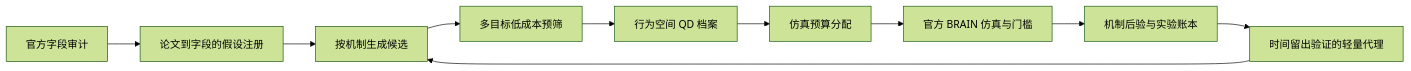
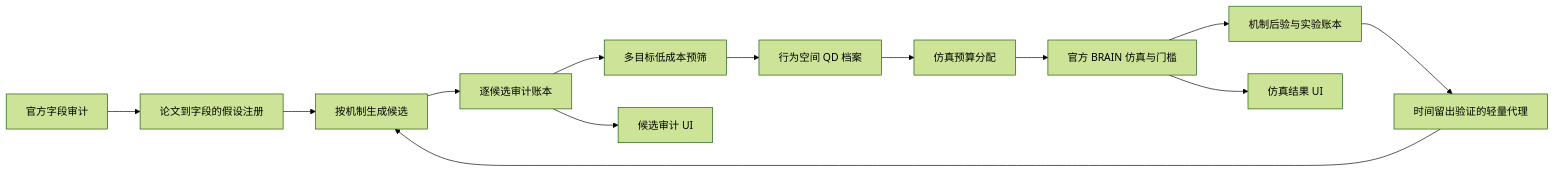
One commit to zzzhhn/alpha-agent changed the diagram in docs/research/2026-08-13-brain-options-evidence-driven-search-redesign.md. Above: the diagram before and after it, drawn with Mermaid (forest theme). The commit also changed other lines of this file and 16 other files, not shown here.

````diff
--- a/docs/research/2026-08-13-brain-options-evidence-driven-search-redesign.md
+++ b/docs/research/2026-08-13-brain-options-evidence-driven-search-redesign.md
@@ -117,12 +117,15 @@
 ```mermaid
 flowchart LR
     A[官方字段审计] --> B[论文到字段的假设注册]
     B --> C[按机制生成候选]
-    C --> D[多目标低成本预筛]
+    C --> L[逐候选审计账本]
+    L --> D[多目标低成本预筛]
     D --> E[行为空间 QD 档案]
     E --> F[仿真预算分配]
     F --> G[官方 BRAIN 仿真与门槛]
     G --> H[机制后验与实验账本]
     H --> I[时间留出验证的轻量代理]
     I --> C
+    L --> U[候选审计 UI]
+    G --> R[仿真结果 UI]
 ```
````
